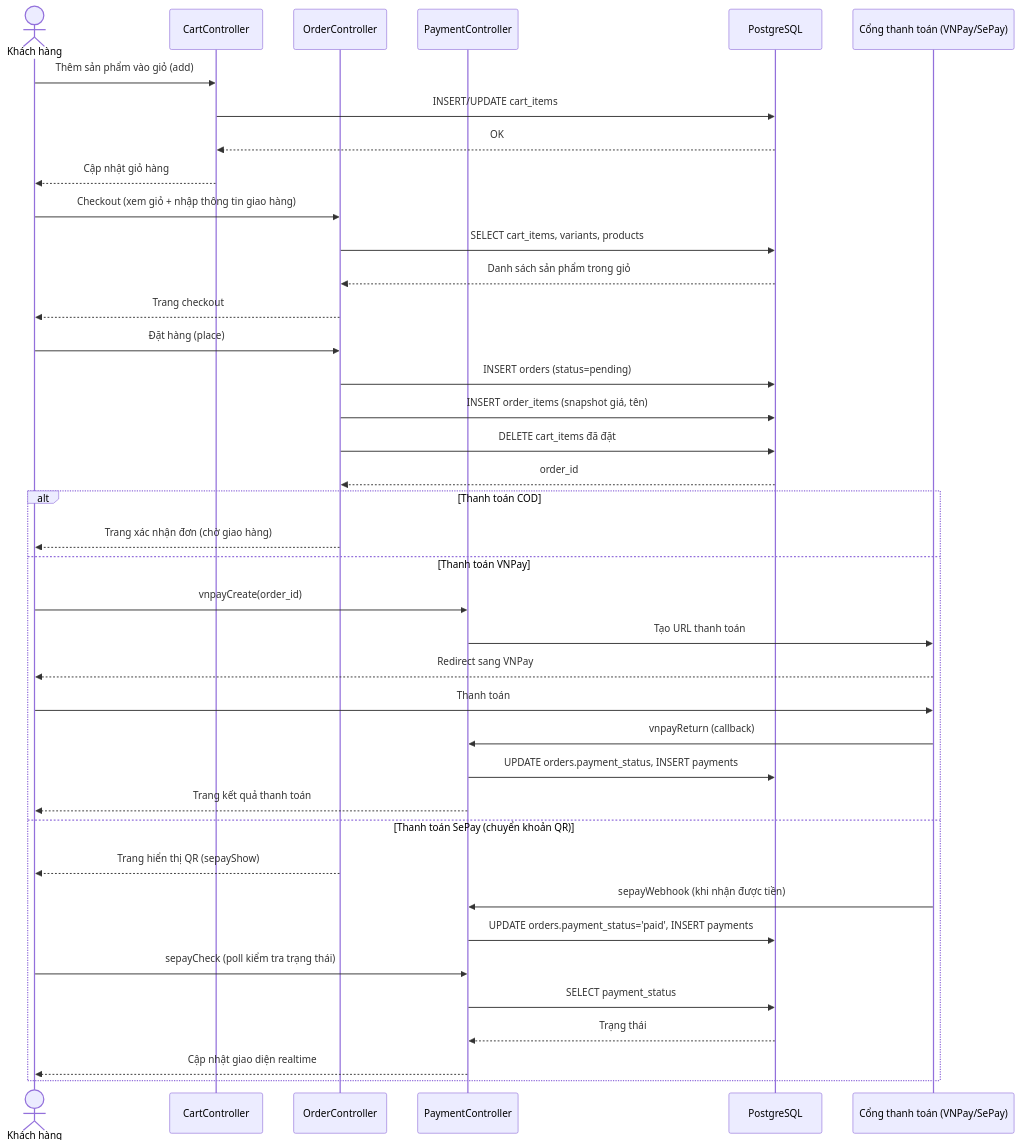
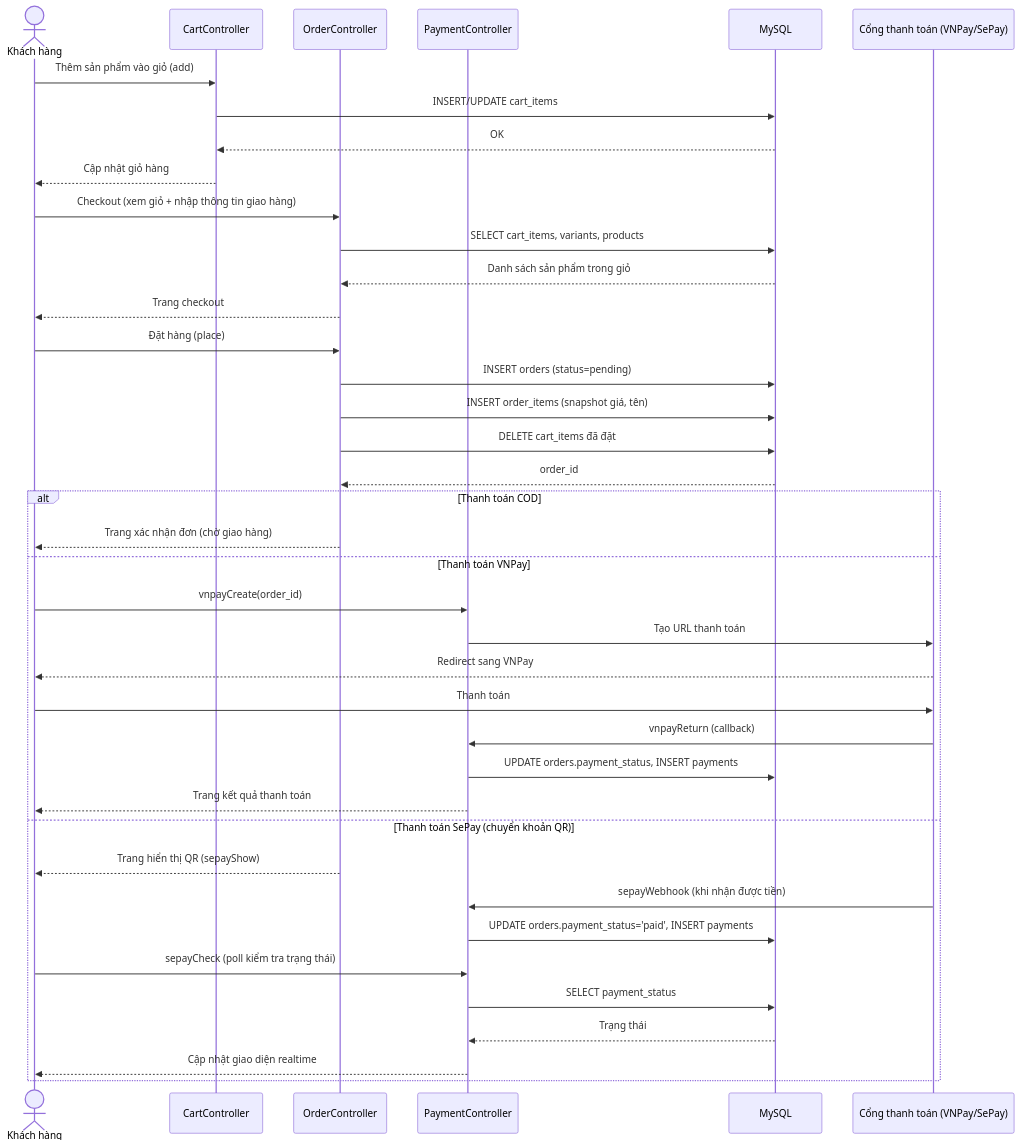
Before and after one commit to 0xDa1Vu/Project_LTW: the third of 5 diagrams in docs/phan_tich_thiet_ke.md, drawn with Mermaid. The commit also changed other lines of this file and 24 other files, not shown here.

First line of the commit message:
Chuyển database từ PostgreSQL sang MySQL, hỗ trợ chạy bằng XAMPP song song Docker

````diff
--- a/docs/phan_tich_thiet_ke.md
+++ b/docs/phan_tich_thiet_ke.md
@@ -216,45 +216,45 @@
 ```mermaid
 sequenceDiagram
     actor KH as Khách hàng
     participant CartCtl as CartController
     participant OrderCtl as OrderController
     participant PayCtl as PaymentController
-    participant DB as PostgreSQL
+    participant DB as MySQL
     participant Gateway as Cổng thanh toán (VNPay/SePay)
 
     KH->>CartCtl: Thêm sản phẩm vào giỏ (add)
     CartCtl->>DB: INSERT/UPDATE cart_items
     DB-->>CartCtl: OK
     CartCtl-->>KH: Cập nhật giỏ hàng
 
     KH->>OrderCtl: Checkout (xem giỏ + nhập thông tin giao hàng)
     OrderCtl->>DB: SELECT cart_items, variants, products
     DB-->>OrderCtl: Danh sách sản phẩm trong giỏ
     OrderCtl-->>KH: Trang checkout
 
     KH->>OrderCtl: Đặt hàng (place)
     OrderCtl->>DB: INSERT orders (status=pending)
     OrderCtl->>DB: INSERT order_items (snapshot giá, tên)
     OrderCtl->>DB: DELETE cart_items đã đặt
     DB-->>OrderCtl: order_id
 
     alt Thanh toán COD
         OrderCtl-->>KH: Trang xác nhận đơn (chờ giao hàng)
     else Thanh toán VNPay
         KH->>PayCtl: vnpayCreate(order_id)
         PayCtl->>Gateway: Tạo URL thanh toán
         Gateway-->>KH: Redirect sang VNPay
         KH->>Gateway: Thanh toán
         Gateway->>PayCtl: vnpayReturn (callback)
         PayCtl->>DB: UPDATE orders.payment_status, INSERT payments
         PayCtl-->>KH: Trang kết quả thanh toán
     else Thanh toán SePay (chuyển khoản QR)
         OrderCtl-->>KH: Trang hiển thị QR (sepayShow)
         Gateway->>PayCtl: sepayWebhook (khi nhận được tiền)
         PayCtl->>DB: UPDATE orders.payment_status='paid', INSERT payments
         KH->>PayCtl: sepayCheck (poll kiểm tra trạng thái)
         PayCtl->>DB: SELECT payment_status
         DB-->>PayCtl: Trạng thái
         PayCtl-->>KH: Cập nhật giao diện realtime
     end
 ```
````
